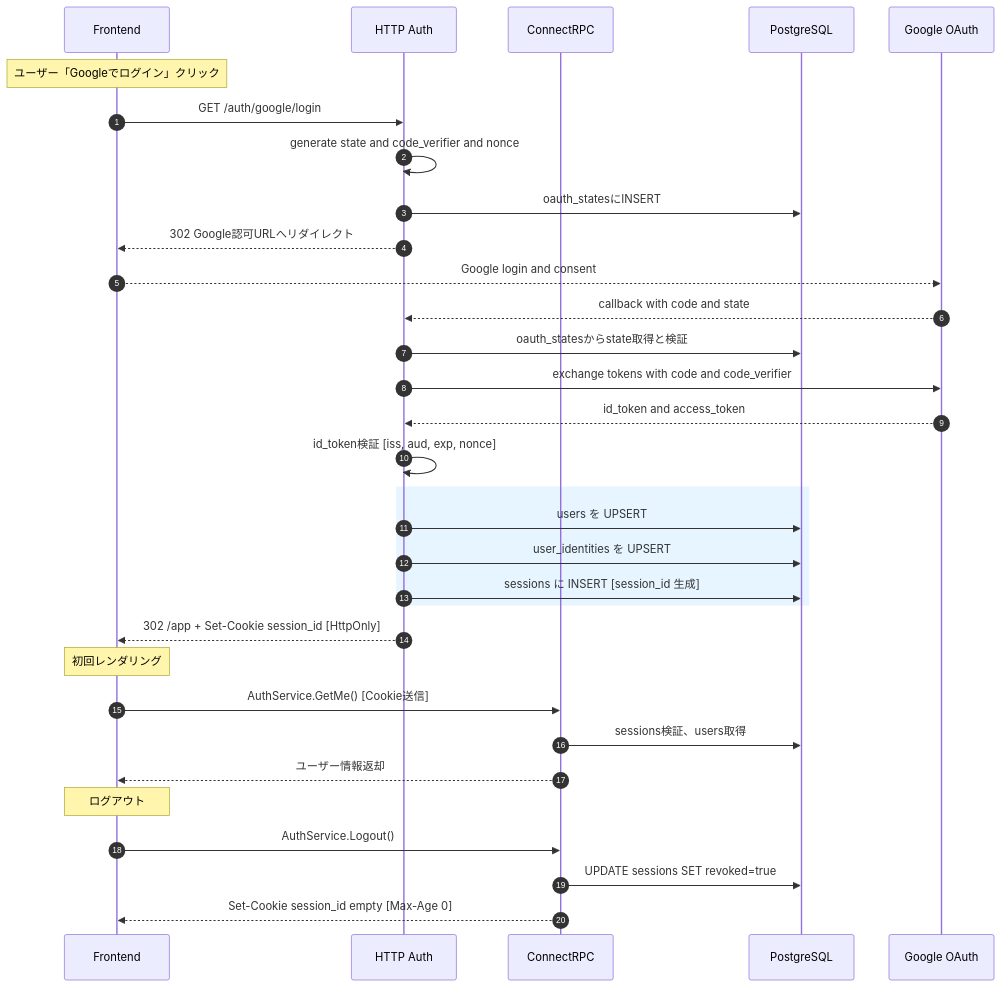
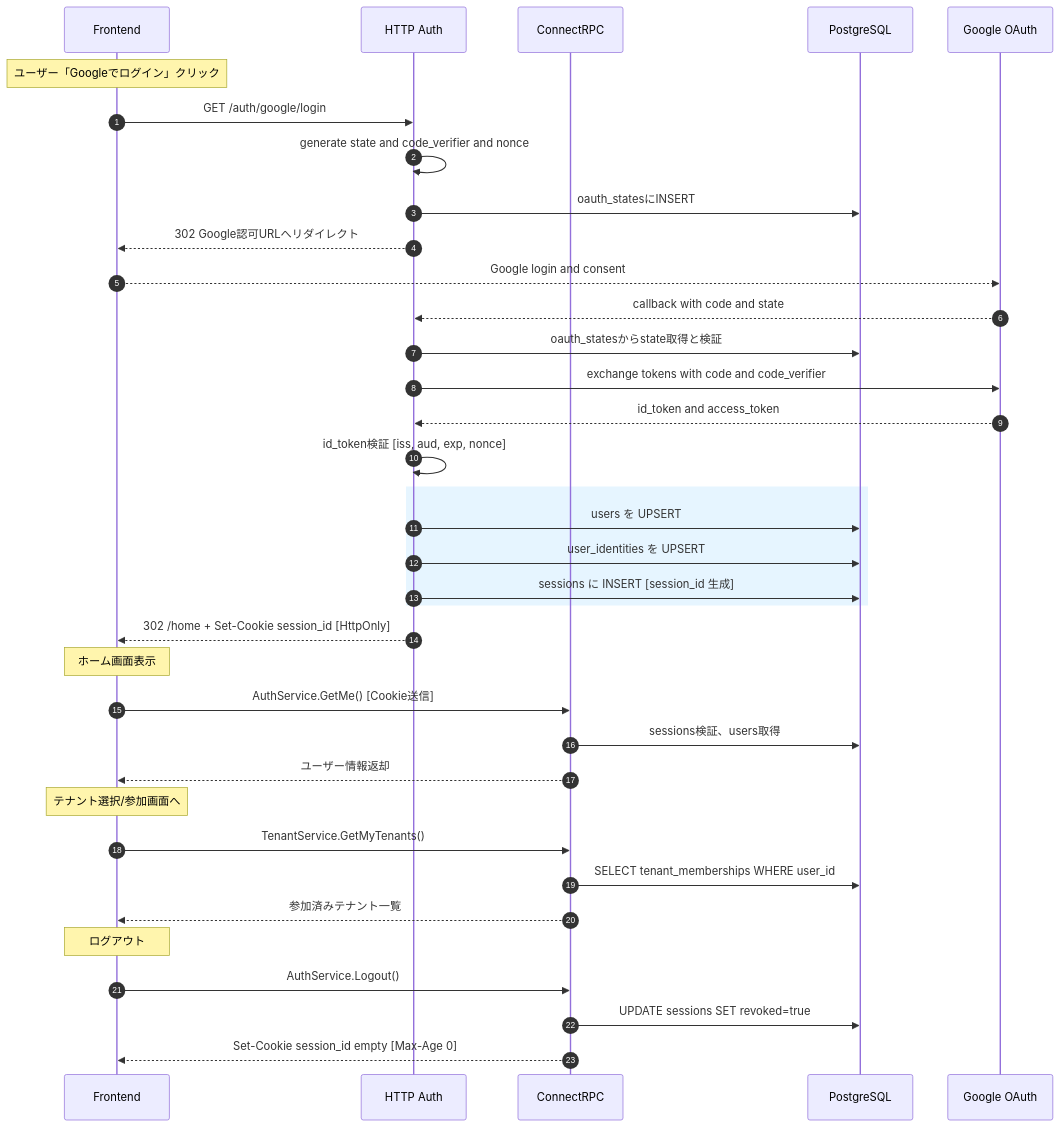
One commit to shibayama-club/keyhub changed the first of 3 diagrams in docs/authentication/flows.md. Above: the diagram before and after it, drawn with Mermaid. The commit also changed other lines of this file, not shown here.

Commit message:
docs: 認証後の遷移画面先を変更したのでdocumentのシーケンス図を変更

````diff
--- a/docs/authentication/flows.md
+++ b/docs/authentication/flows.md
@@ -17,40 +17,45 @@
 ```mermaid
 sequenceDiagram
     autonumber
     participant FE as Frontend
     participant HTTP as HTTP Auth
     participant RPC as ConnectRPC
     participant DB as PostgreSQL
     participant G as Google OAuth
 
     Note over FE: ユーザー「Googleでログイン」クリック
     FE->>HTTP: GET /auth/google/login
     HTTP->>HTTP: generate state and code_verifier and nonce
     HTTP->>DB: oauth_statesにINSERT
     HTTP-->>FE: 302 Google認可URLへリダイレクト
 
     FE-->>G: Google login and consent
     G-->>HTTP: callback with code and state
     HTTP->>DB: oauth_statesからstate取得と検証
     HTTP->>G: exchange tokens with code and code_verifier
     G-->>HTTP: id_token and access_token
     HTTP->>HTTP: id_token検証 [iss, aud, exp, nonce]
 
     rect rgb(230, 245, 255)
         HTTP->>DB: users を UPSERT
         HTTP->>DB: user_identities を UPSERT
         HTTP->>DB: sessions に INSERT [session_id 生成]
     end
 
-    HTTP-->>FE: 302 /app + Set-Cookie session_id [HttpOnly]
+    HTTP-->>FE: 302 /home + Set-Cookie session_id [HttpOnly]
 
-    Note over FE: 初回レンダリング
+    Note over FE: ホーム画面表示
     FE->>RPC: AuthService.GetMe() [Cookie送信]
     RPC->>DB: sessions検証、users取得
     RPC-->>FE: ユーザー情報返却
+
+    Note over FE: テナント選択/参加画面へ
+    FE->>RPC: TenantService.GetMyTenants()
+    RPC->>DB: SELECT tenant_memberships WHERE user_id
+    RPC-->>FE: 参加済みテナント一覧
 
     Note over FE: ログアウト
     FE->>RPC: AuthService.Logout()
     RPC->>DB: UPDATE sessions SET revoked=true
     RPC-->>FE: Set-Cookie session_id empty [Max-Age 0]
 ```
````
